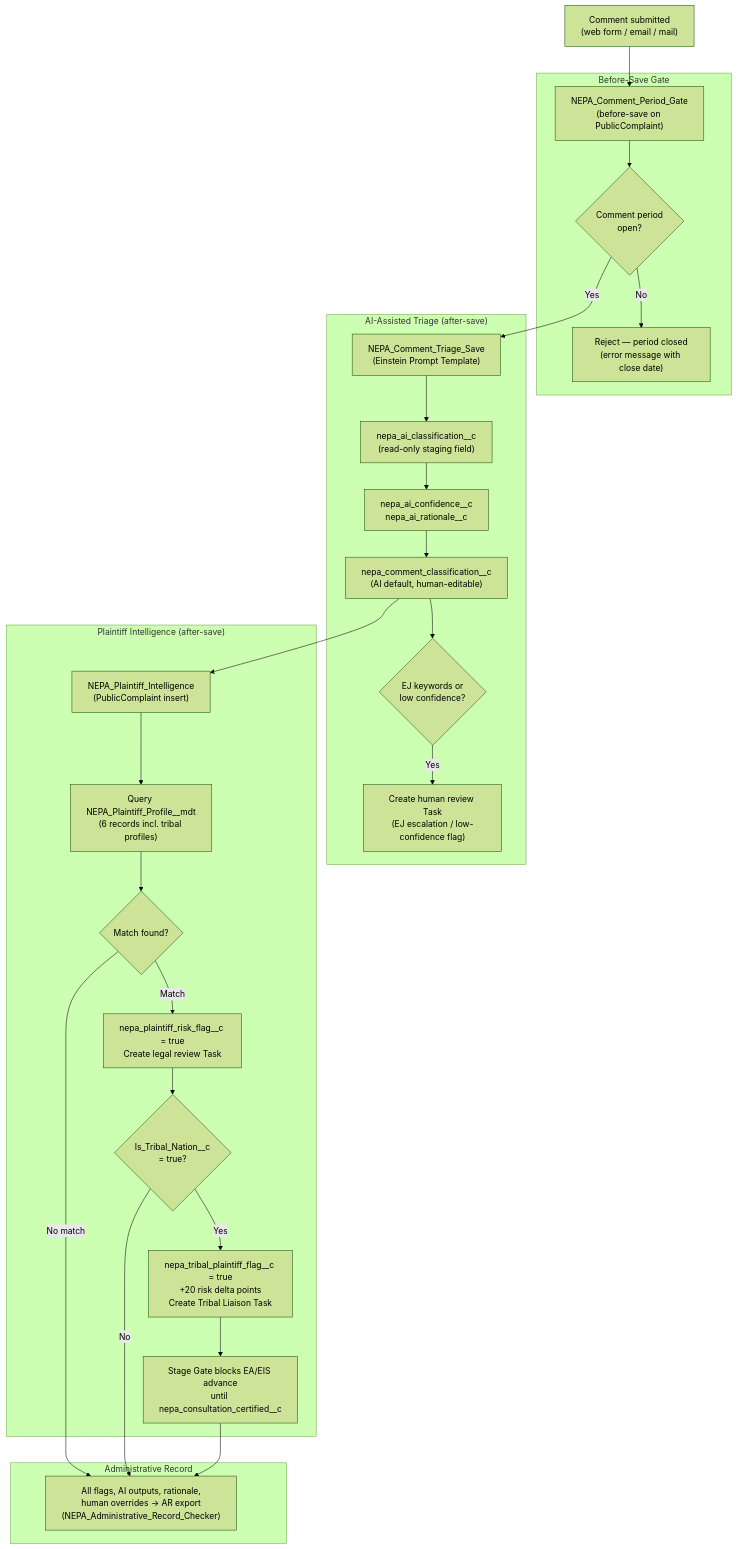
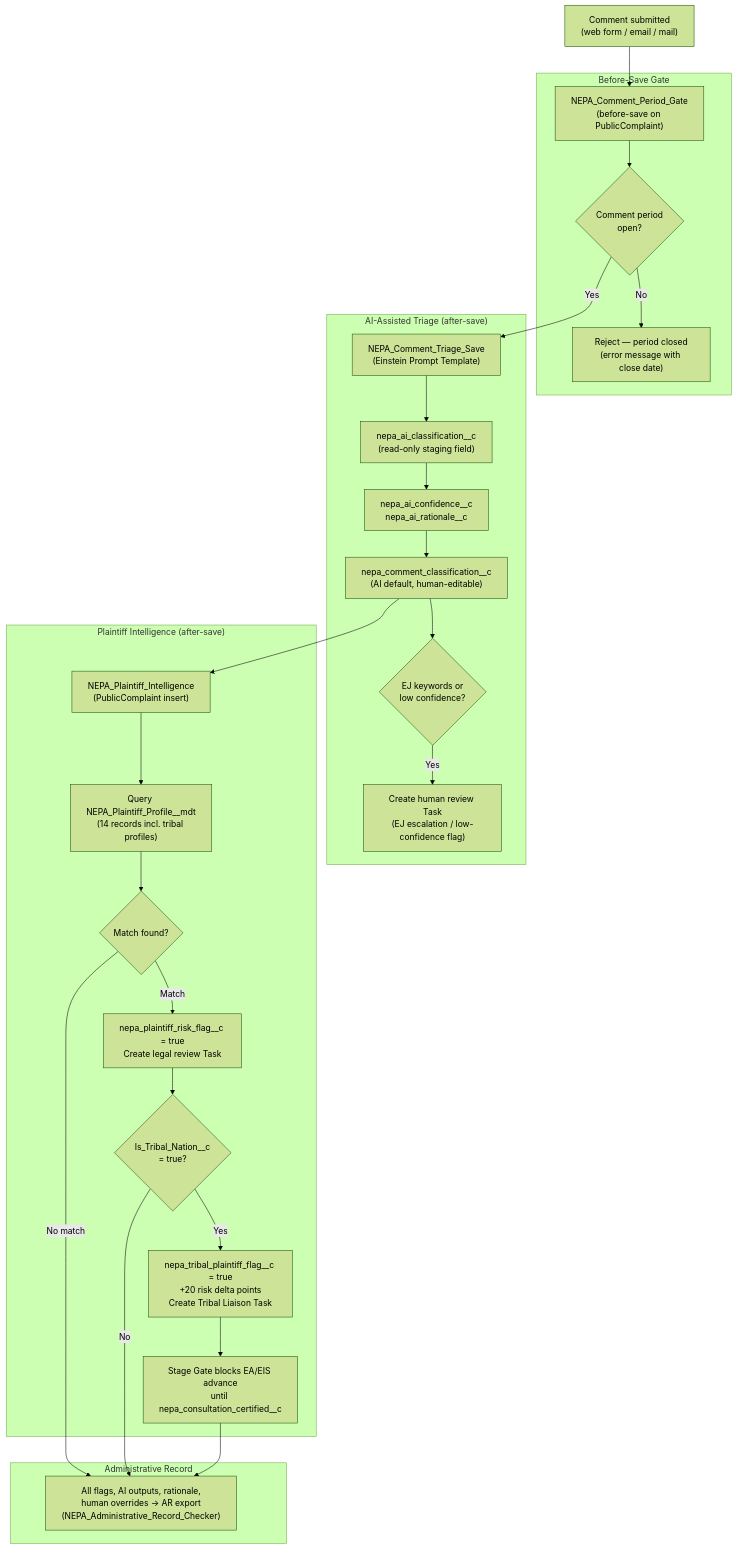
One commit to SFDC-Assets/PSA-NEPA-Permitting changed the eighth of 10 diagrams in docs/ARCHITECTURE-DIAGRAMS.md. Above: the diagram before and after it, drawn with Mermaid (forest theme). The commit also changed other lines of this file and 3 other files, not shown here.

````diff
--- a/docs/ARCHITECTURE-DIAGRAMS.md
+++ b/docs/ARCHITECTURE-DIAGRAMS.md
@@ -387,45 +387,45 @@
 ```mermaid
 flowchart TD
     A["Comment submitted\n(web form / email / mail)"]
 
     subgraph Gate["Before-Save Gate"]
         G1["NEPA_Comment_Period_Gate\n(before-save on PublicComplaint)"]
         G2{Comment period\nopen?}
         G3["Reject — period closed\n(error message with close date)"]
     end
 
     subgraph Triage["AI-Assisted Triage (after-save)"]
         T1["NEPA_Comment_Triage_Save\n(Einstein Prompt Template)"]
         T2["nepa_ai_classification__c\n(read-only staging field)"]
         T3["nepa_ai_confidence__c\nnepa_ai_rationale__c"]
         T4["nepa_comment_classification__c\n(AI default, human-editable)"]
         T5{EJ keywords or\nlow confidence?}
         T6["Create human review Task\n(EJ escalation / low-confidence flag)"]
     end
 
     subgraph PlaintiffIntel["Plaintiff Intelligence (after-save)"]
         P1["NEPA_Plaintiff_Intelligence\n(PublicComplaint insert)"]
-        P2["Query NEPA_Plaintiff_Profile__mdt\n(6 records incl. tribal profiles)"]
+        P2["Query NEPA_Plaintiff_Profile__mdt\n(14 records incl. tribal profiles)"]
         P3{Match found?}
         P4["nepa_plaintiff_risk_flag__c = true\nCreate legal review Task"]
         P5{Is_Tribal_Nation__c\n= true?}
         P6["nepa_tribal_plaintiff_flag__c = true\n+20 risk delta points\nCreate Tribal Liaison Task"]
         P7["Stage Gate blocks EA/EIS advance\nuntil nepa_consultation_certified__c"]
     end
 
     subgraph Admin["Administrative Record"]
         AR1["All flags, AI outputs, rationale,\nhuman overrides → AR export\n(NEPA_Administrative_Record_Checker)"]
     end
 
     A --> G1 --> G2
     G2 -->|No| G3
     G2 -->|Yes| T1
     T1 --> T2 --> T3 --> T4
     T4 --> T5
     T5 -->|Yes| T6
     T4 --> P1 --> P2 --> P3
     P3 -->|No match| AR1
     P3 -->|Match| P4 --> P5
     P5 -->|No| AR1
     P5 -->|Yes| P6 --> P7 --> AR1
 ```
````
